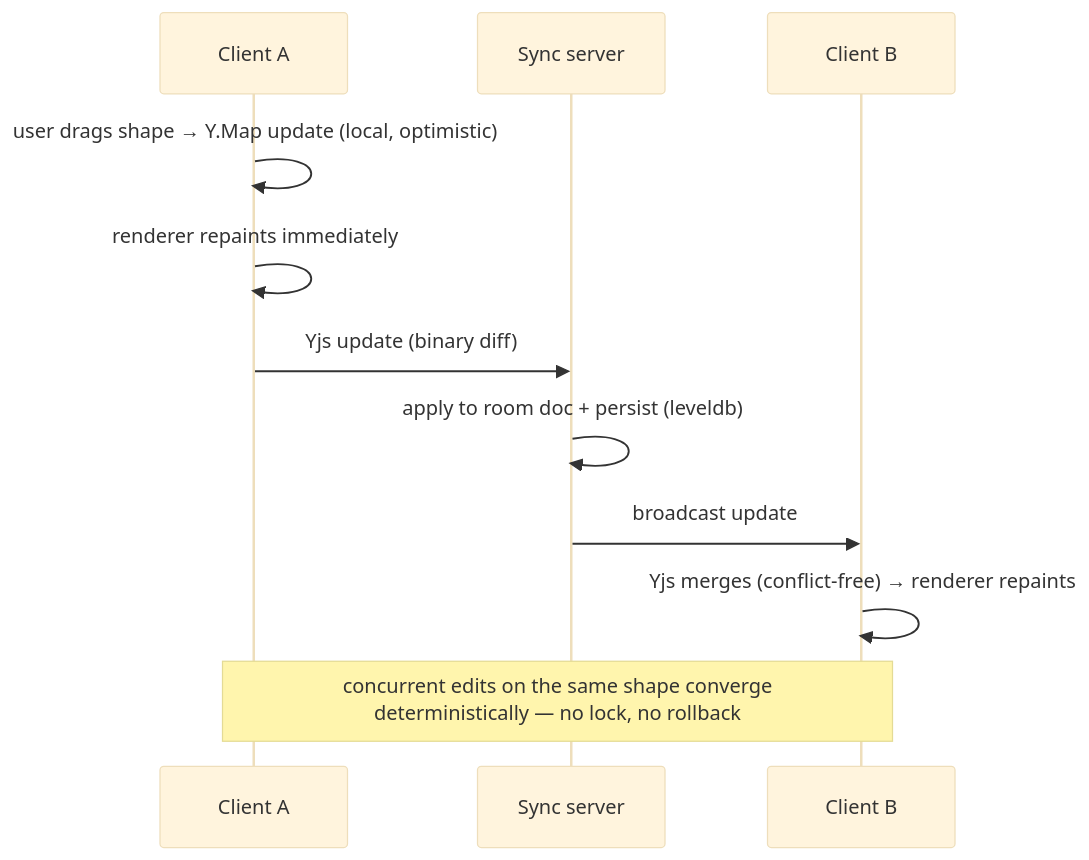
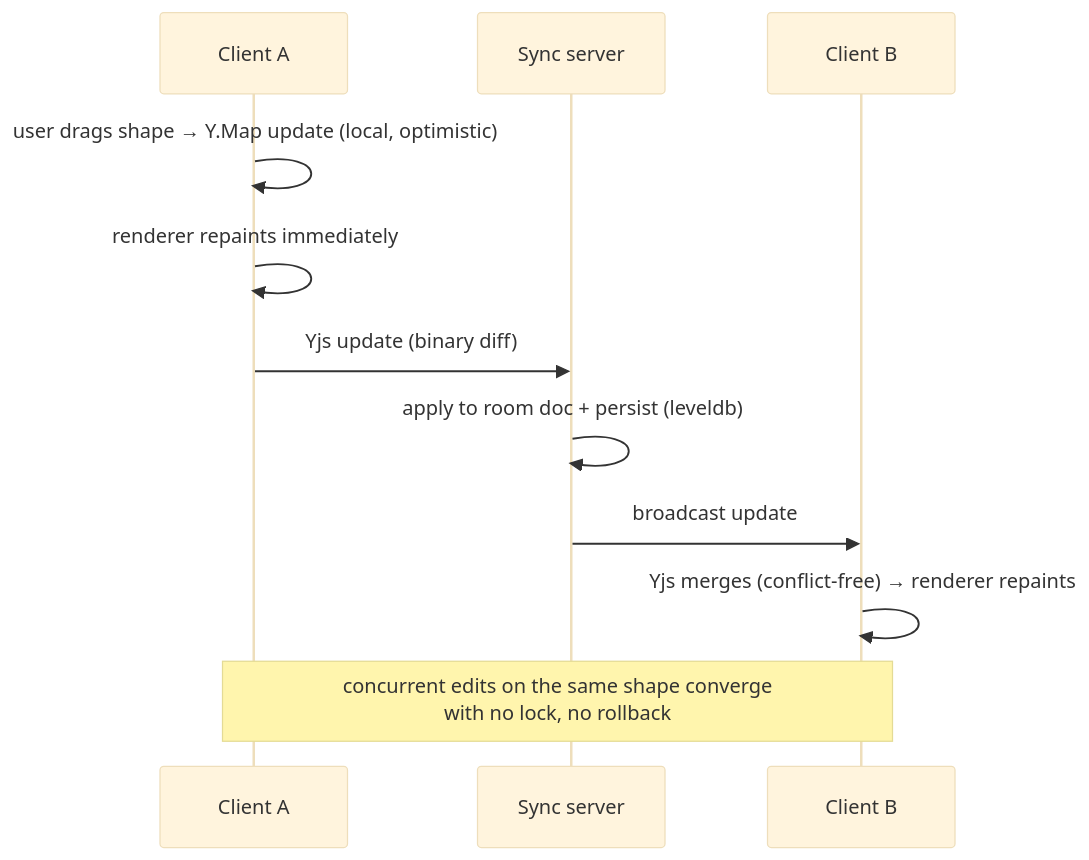
Before and after one commit to zanasalimi/cofield: the second of 3 diagrams in docs/ARCHITECTURE.md, drawn with Mermaid (base theme). The commit also changed other lines of this file and 5 other files, not shown here.

````diff
--- a/docs/ARCHITECTURE.md
+++ b/docs/ARCHITECTURE.md
@@ -108,13 +108,13 @@
 ```mermaid
 sequenceDiagram
     participant A as Client A
     participant S as Sync server
     participant B as Client B
     A->>A: user drags shape → Y.Map update (local, optimistic)
     A->>A: renderer repaints immediately
     A->>S: Yjs update (binary diff)
     S->>S: apply to room doc + persist (leveldb)
     S->>B: broadcast update
     B->>B: Yjs merges (conflict-free) → renderer repaints
-    Note over A,B: concurrent edits on the same shape converge<br/>deterministically — no lock, no rollback
+    Note over A,B: concurrent edits on the same shape converge<br/>with no lock, no rollback
 ```
````
